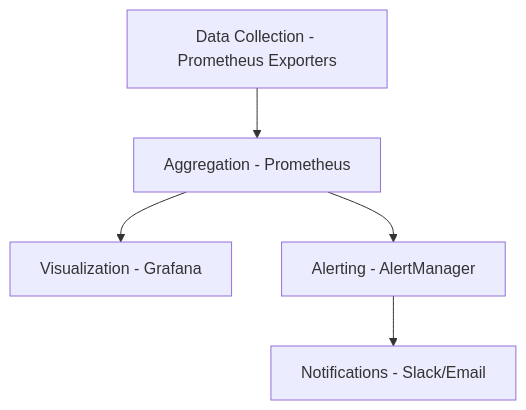
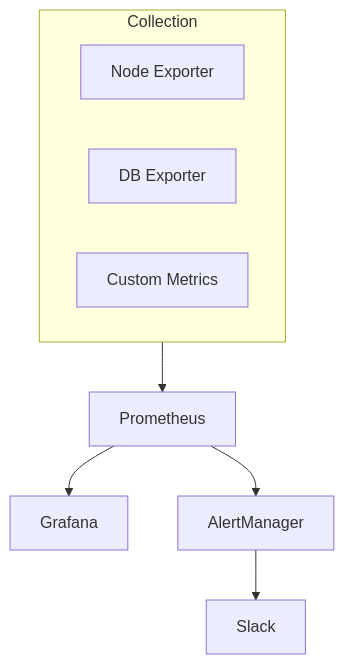
Before and after one commit to zhangshichuan/maxzhang.site: the seventh of 7 diagrams in articles/en/high-concurrency-system-architecture-guide.mdx, drawn with Mermaid. The commit also changed other lines of this file and 4 other files, not shown here.

````diff
--- a/articles/en/high-concurrency-system-architecture-guide.mdx
+++ b/articles/en/high-concurrency-system-architecture-guide.mdx
@@ -703,7 +843,10 @@
 ```mermaid
 flowchart TD
-    A[Data Collection - Prometheus Exporters] --> B[Aggregation - Prometheus]
-    B --> C[Visualization - Grafana]
-    B --> D[Alerting - AlertManager]
-    D --> E[Notifications - Slack/Email]
+    subgraph S1 ["Collection"]
+        A1[Node Exporter]
+        A2[DB Exporter]
+        A3[Custom Metrics]
+    end
+    S1 --> Prometheus --> Grafana
+    Prometheus --> AlertManager --> Slack
 ```
````
